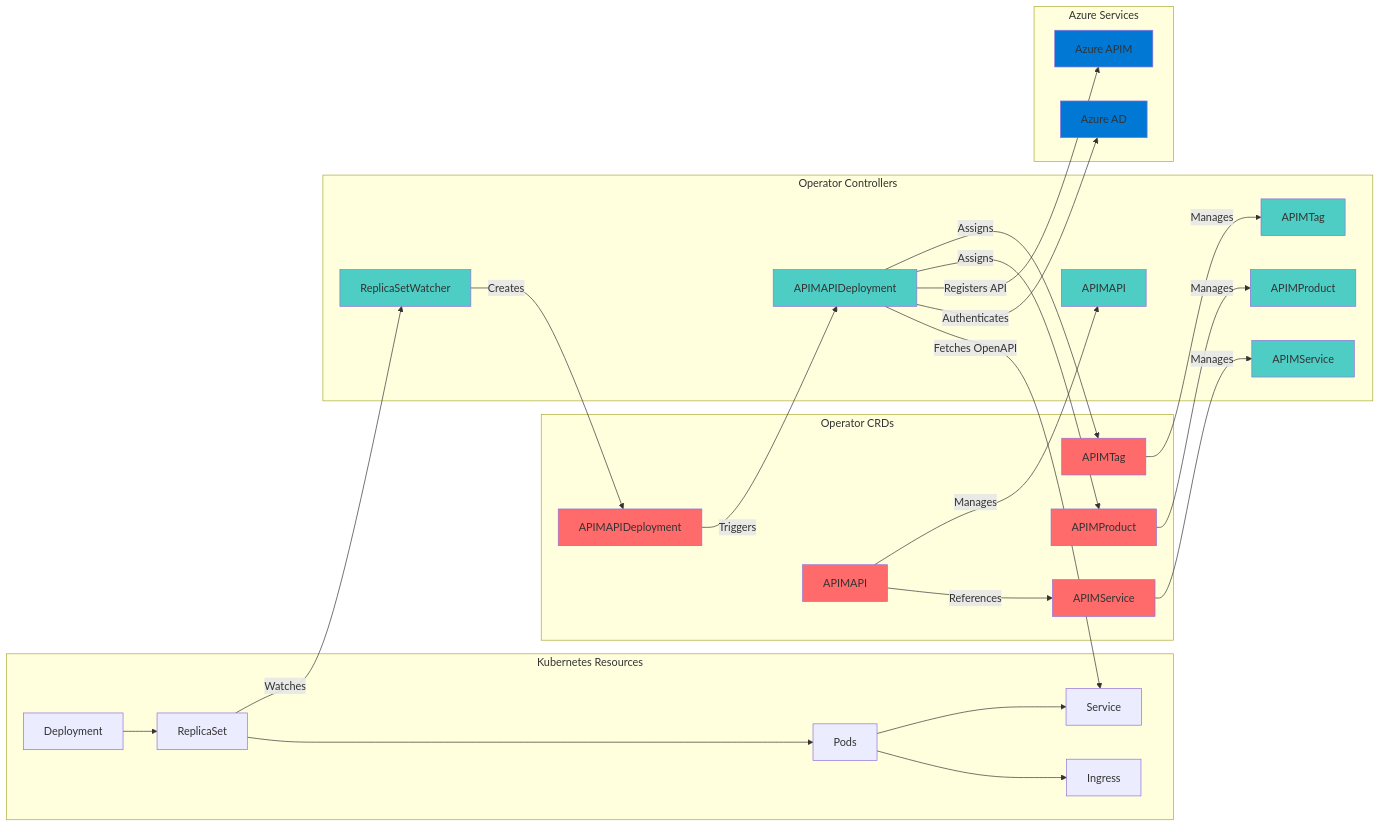
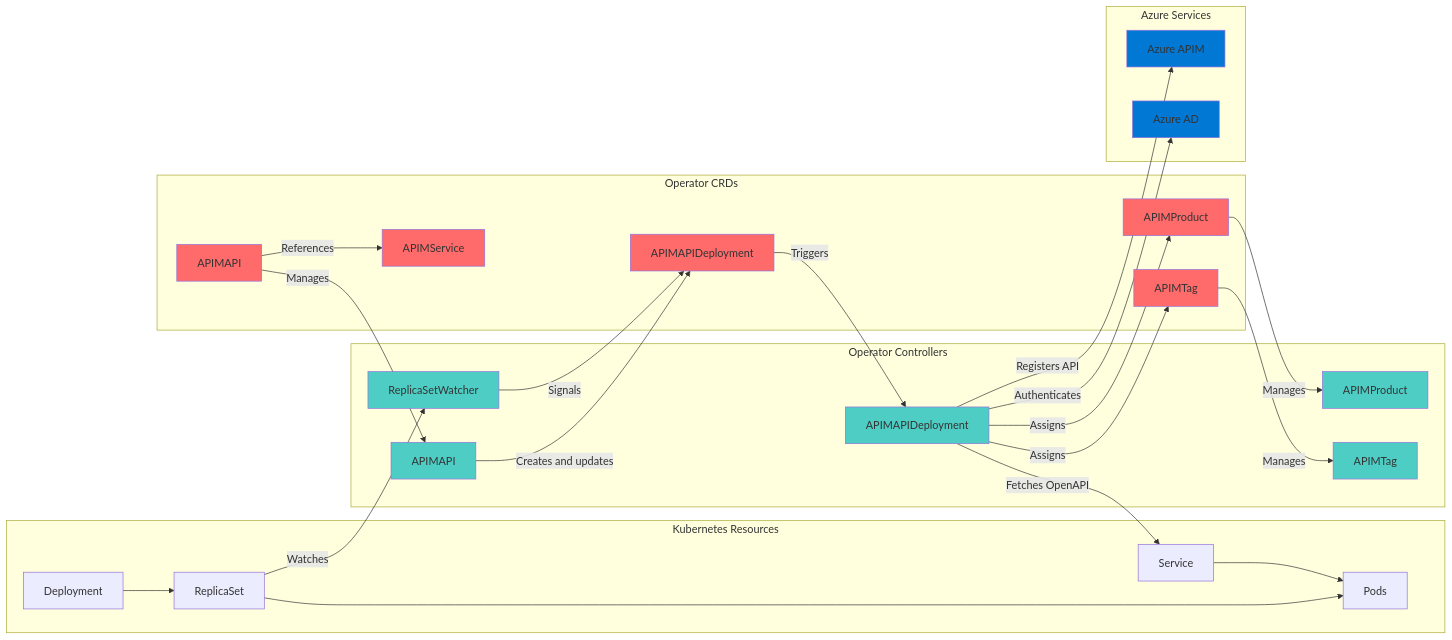
One commit to hedinbil/azure-apim-operator changed the third of 4 diagrams in README.md. Above: the diagram before and after it, drawn with Mermaid. The commit also changed other lines of this file and 78 other files, not shown here.

````diff
--- a/README.md
+++ b/README.md
@@ -378,67 +371,63 @@
 ```mermaid
 graph LR
     subgraph "Kubernetes Resources"
         A[Deployment]
         B[ReplicaSet]
         C[Pods]
-        D[Ingress]
         E[Service]
     end
     
     subgraph "Operator CRDs"
         F[APIMAPI]
         G[APIMAPIDeployment]
         H[APIMService]
         I[APIMProduct]
         J[APIMTag]
     end
     
     subgraph "Operator Controllers"
         K[ReplicaSetWatcher]
         L[APIMAPIDeployment]
         M[APIMAPI]
-        N[APIMService]
         O[APIMProduct]
         P[APIMTag]
     end
     
     subgraph "Azure Services"
         Q[Azure APIM]
         R[Azure AD]
     end
     
     A --> B
     B --> C
-    C --> D
-    C --> E
+    E --> C
     
     B -->|Watches| K
     F -->|References| H
-    K -->|Creates| G
+    M -->|Creates and updates| G
+    K -->|Signals| G
     G -->|Triggers| L
     
     L -->|Fetches OpenAPI| E
     L -->|Authenticates| R
     L -->|Registers API| Q
     L -->|Assigns| I
     L -->|Assigns| J
     
-    H -->|Manages| N
     F -->|Manages| M
     I -->|Manages| O
     J -->|Manages| P
     
     style F fill:#ff6b6b
     style G fill:#ff6b6b
     style H fill:#ff6b6b
     style I fill:#ff6b6b
     style J fill:#ff6b6b
     style K fill:#4ecdc4
     style L fill:#4ecdc4
     style M fill:#4ecdc4
-    style N fill:#4ecdc4
     style O fill:#4ecdc4
     style P fill:#4ecdc4
     style Q fill:#0078d4
     style R fill:#0078d4
 ```
````
